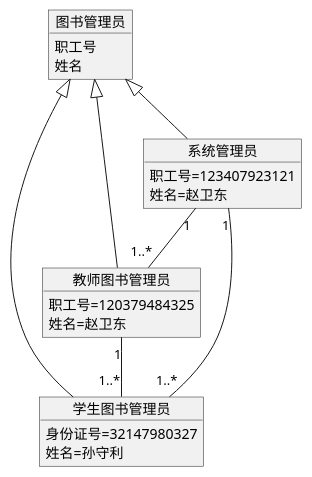
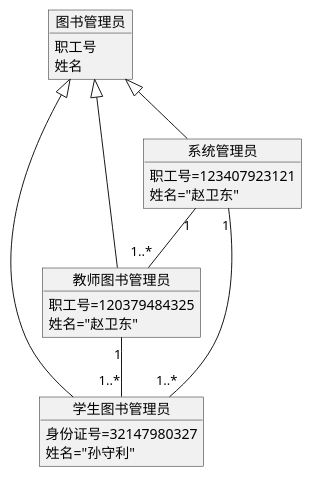
Before and after one commit to Neddy1995/is_analysis: the diagram in test3/object3.puml, drawn with PlantUML. The commit also changed 6 other files, not shown here.

```diff
--- a/test3/object3.puml
+++ b/test3/object3.puml
@@ -1,24 +1,24 @@
 @startuml
 object 图书管理员{
     职工号
     姓名
 }
 object 学生图书管理员{
     身份证号=32147980327
-    姓名=孙守利
+    姓名="孙守利"
 }
 object 教师图书管理员{
     职工号=120379484325
-    姓名=赵卫东
+    姓名="赵卫东"
 }
 object 系统管理员{
     职工号=123407923121
-    姓名=赵卫东
+    姓名="赵卫东"
 }
 图书管理员 <|-- 学生图书管理员
 图书管理员 <|-- 教师图书管理员
 图书管理员 <|-- 系统管理员
 系统管理员 "1"-- "1..*"学生图书管理员
 系统管理员 "1"-- "1..*"教师图书管理员
 教师图书管理员 "1"-- "1..*"学生图书管理员
 @enduml
```
